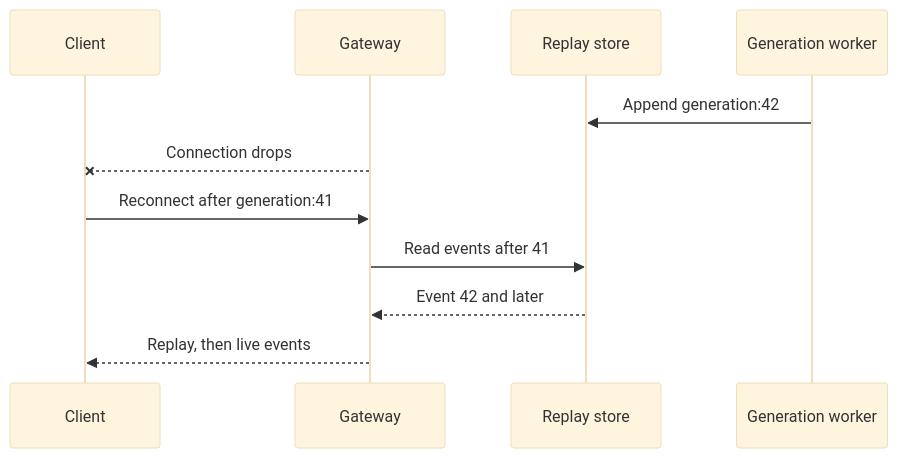
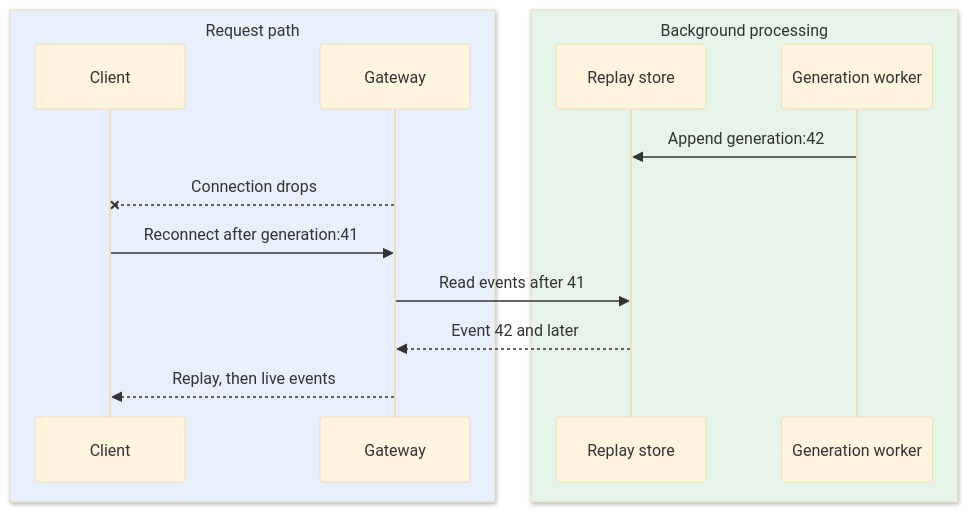
Before and after one commit to iliazlobin/iliazlobin.github.io: the fifth of 6 diagrams in _designs/system-design-chatgpt.md, drawn with Mermaid (base theme). The commit also changed other lines of this file and 131 other files, not shown here.

````diff
--- a/_designs/system-design-chatgpt.md
+++ b/_designs/system-design-chatgpt.md
@@ -296,13 +379,17 @@
 ```mermaid
 sequenceDiagram
-    participant C as Client
-    participant G as Gateway
-    participant R as Replay store
-    participant W as Generation worker
+  box rgb(232,240,254) Request path
+  participant C as Client
+  participant G as Gateway
+  end
+  box rgb(230,244,234) Background processing
+  participant R as Replay store
+  participant W as Generation worker
+  end
     W->>R: Append generation:42
     G--xC: Connection drops
     C->>G: Reconnect after generation:41
     G->>R: Read events after 41
     R-->>G: Event 42 and later
     G-->>C: Replay, then live events
 ```
````
